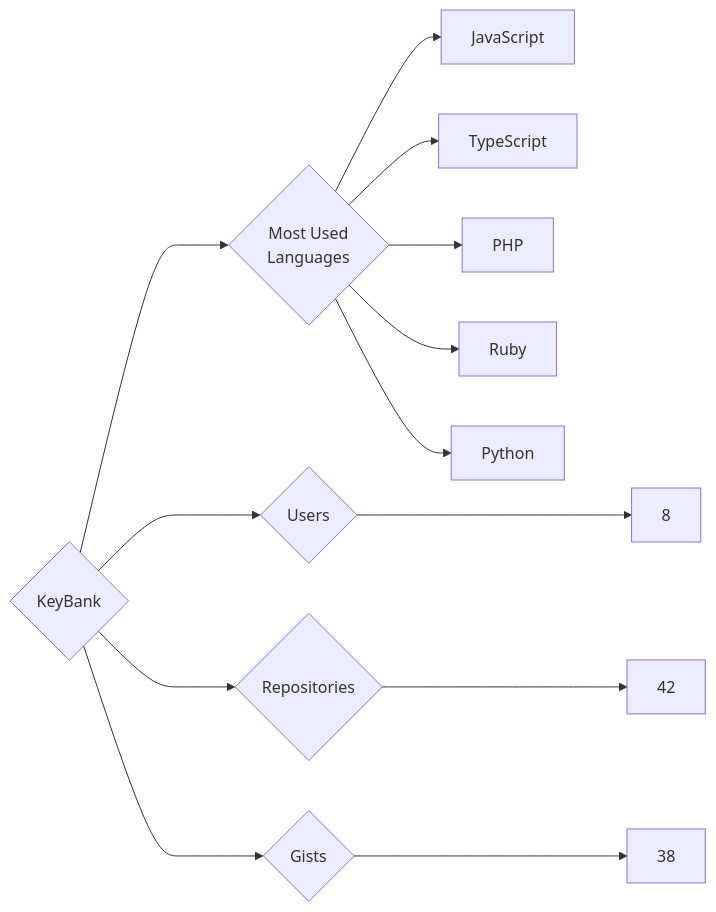
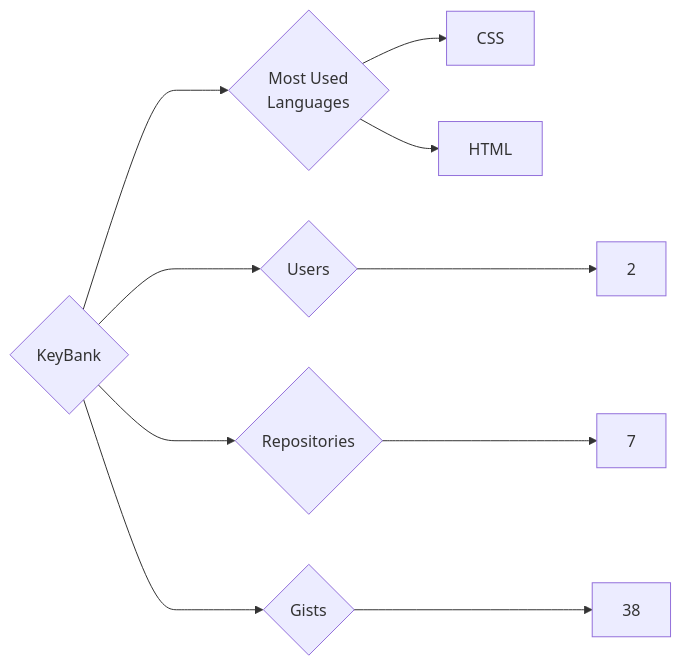
One commit to trickest/insiders changed the diagram in targets/KeyBank/README.md. Above: the diagram before and after it, drawn with Mermaid. The commit also changed 636 other files, not shown here.

````diff
--- a/targets/KeyBank/README.md
+++ b/targets/KeyBank/README.md
@@ -3,13 +3,10 @@
 ```mermaid
 graph LR
 COMPANY_NAME{KeyBank}
-COMPANY_NAME ---> U{Users} ---> UN[8]
-COMPANY_NAME ---> R{Repositories} ---> RN[42]
+COMPANY_NAME ---> U{Users} ---> UN[2]
+COMPANY_NAME ---> R{Repositories} ---> RN[7]
 COMPANY_NAME ---> G{Gists} ---> GN[38]
 COMPANY_NAME ---> ML{Most Used<br>Languages}
-ML --> JavaScript[JavaScript]
-ML --> TypeScript[TypeScript]
-ML --> PHP[PHP]
-ML --> Ruby[Ruby]
-ML --> Python[Python]
+ML --> CSS[CSS]
+ML --> HTML[HTML]
 ```
````
